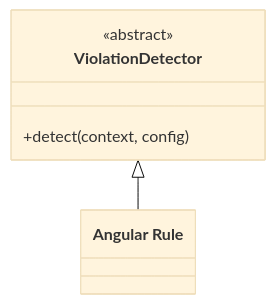
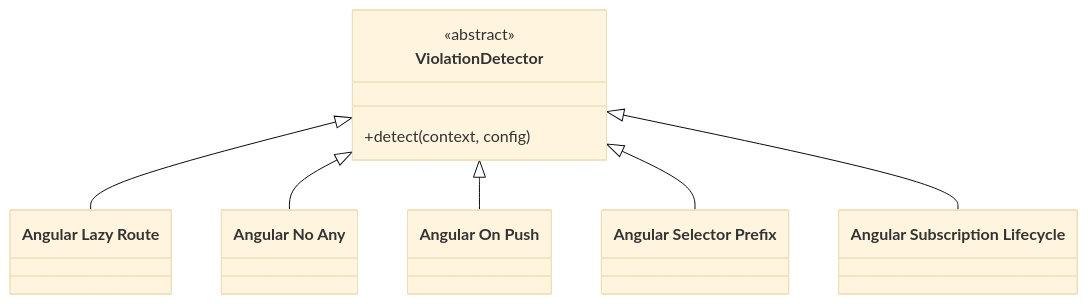
Before and after one commit to Anselmoo/mcp-zen-of-languages: the second of 4 diagrams in docs/user-guide/frameworks/angular.md, drawn with Mermaid. The commit also changed other lines of this file and 41 other files, not shown here.

````diff
--- a/docs/user-guide/frameworks/angular.md
+++ b/docs/user-guide/frameworks/angular.md
@@ -133,11 +155,19 @@
     ```mermaid
     %%{init: {"theme": "base"}}%%
     classDiagram
         direction TB
         class ViolationDetector {
             <<abstract>>
             +detect(context, config)
         }
-        class det_01["Angular Rule"]
+        class det_01["Angular Lazy Route"]
         ViolationDetector <|-- det_01
+        class det_02["Angular No Any"]
+        ViolationDetector <|-- det_02
+        class det_03["Angular On Push"]
+        ViolationDetector <|-- det_03
+        class det_04["Angular Selector Prefix"]
+        ViolationDetector <|-- det_04
+        class det_05["Angular Subscription Lifecycle"]
+        ViolationDetector <|-- det_05
     ```
````
